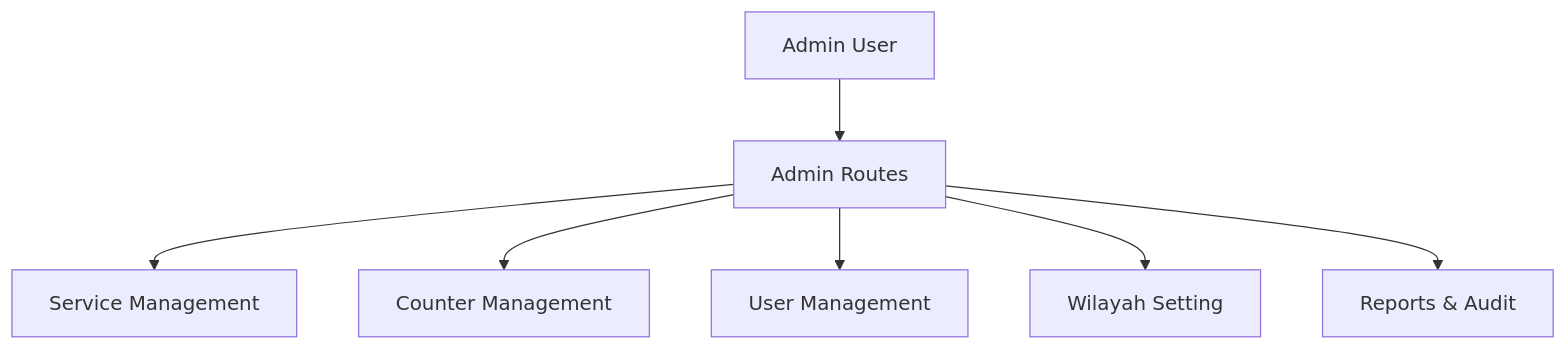
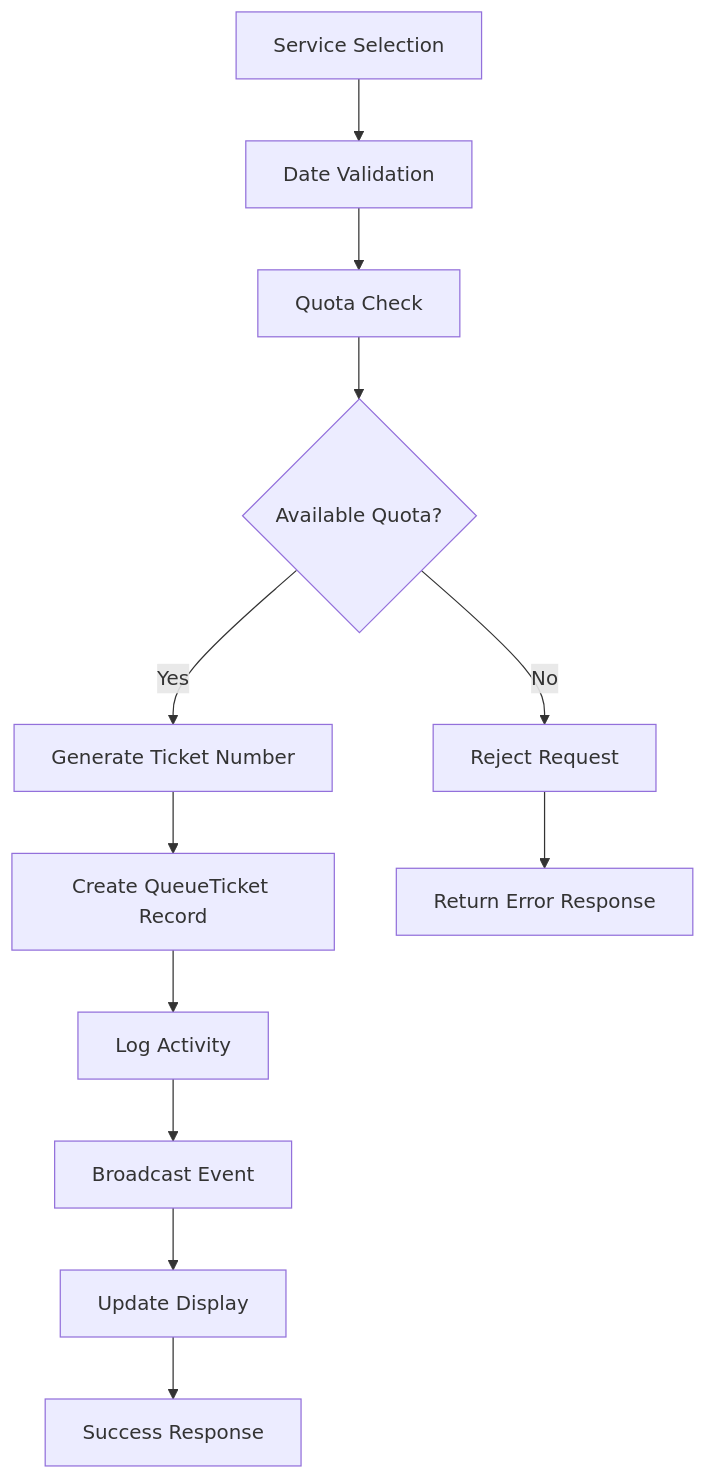
One commit to PA-Penajam/antrian-ptsp changed the fourth of 4 diagrams in .qoder/repowiki/en/content/Project Overview.md. Above: the diagram before and after it, drawn with Mermaid. The commit also changed other lines of this file and 89 other files, not shown here.

````diff
--- a/.qoder/repowiki/en/content/Project Overview.md
+++ b/.qoder/repowiki/en/content/Project Overview.md
@@ -287,9 +333,14 @@
 ```mermaid
 flowchart TD
-A["Admin User"] --> R["Admin Routes"]
-R --> S["Service Management"]
-R --> C["Counter Management"]
-R --> U["User Management"]
-R --> W["Wilayah Setting"]
-R --> RP["Reports & Audit"]
+A["Service Selection"] --> B["Date Validation"]
+B --> C["Quota Check"]
+C --> D{"Available Quota?"}
+D --> |Yes| E["Generate Ticket Number"]
+D --> |No| F["Reject Request"]
+E --> G["Create QueueTicket Record"]
+G --> H["Log Activity"]
+H --> I["Broadcast Event"]
+I --> J["Update Display"]
+F --> K["Return Error Response"]
+J --> L["Success Response"]
 ```
````
